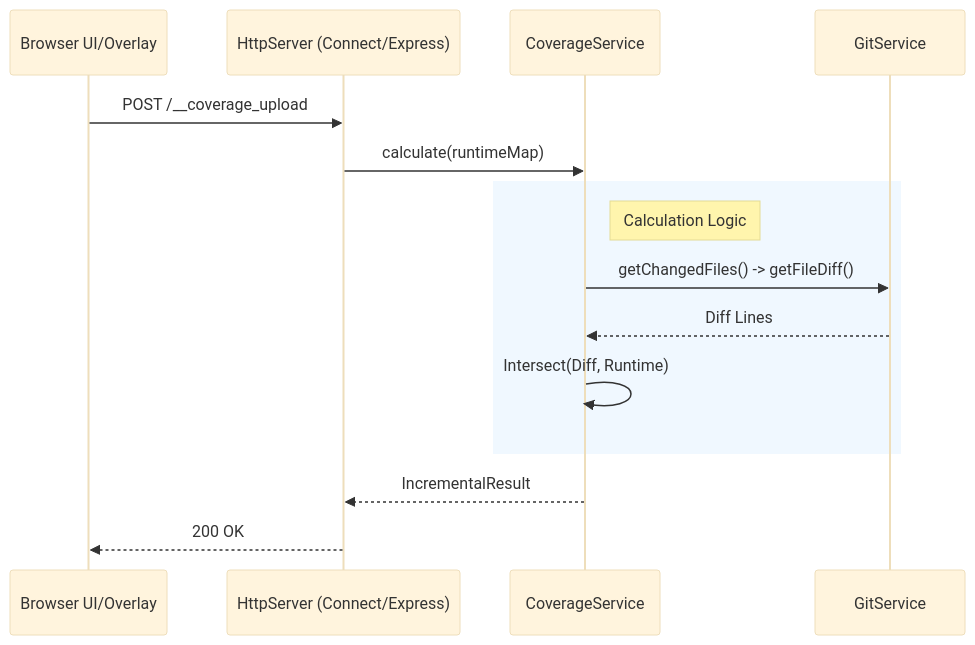
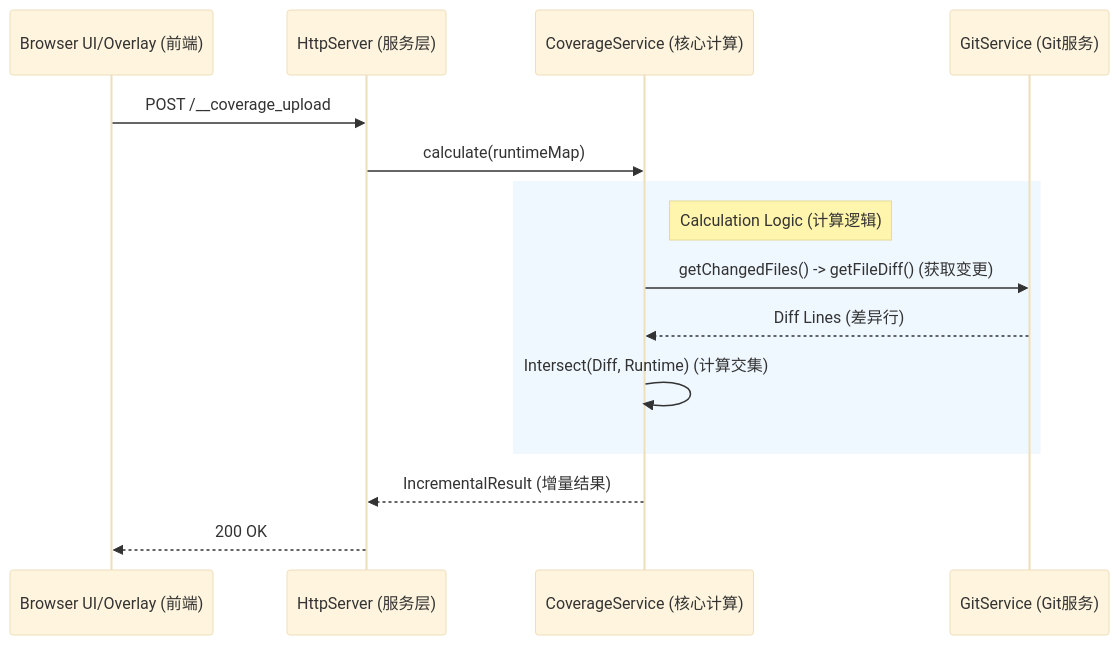
The third of 3 diagrams in packages/webpack-coverage-plugin/TECHNICAL_DOC.md (chuanjing729-glitch/fe-workspace), drawn with Mermaid (base theme) before and after one commit. The commit also changed other lines of this file and 10 other files, not shown here.

````diff
--- a/packages/webpack-coverage-plugin/TECHNICAL_DOC.md
+++ b/packages/webpack-coverage-plugin/TECHNICAL_DOC.md
@@ -111,20 +111,20 @@
 ```mermaid
 sequenceDiagram
-    participant Browser as Browser UI/Overlay
-    participant Server as HttpServer (Connect/Express)
-    participant Core as CoverageService
-    participant Git as GitService
+    participant Browser as Browser UI/Overlay (前端)
+    participant Server as HttpServer (服务层)
+    participant Core as CoverageService (核心计算)
+    participant Git as GitService (Git服务)
     
     Browser->>Server: POST /__coverage_upload
     Server->>Core: calculate(runtimeMap)
     
     rect rgb(240, 248, 255)
-    note right of Core: Calculation Logic
-    Core->>Git: getChangedFiles() -> getFileDiff()
-    Git-->>Core: Diff Lines
-    Core->>Core: Intersect(Diff, Runtime)
+    note right of Core: Calculation Logic (计算逻辑)
+    Core->>Git: getChangedFiles() -> getFileDiff() (获取变更)
+    Git-->>Core: Diff Lines (差异行)
+    Core->>Core: Intersect(Diff, Runtime) (计算交集)
     end
     
-    Core-->>Server: IncrementalResult
+    Core-->>Server: IncrementalResult (增量结果)
     Server-->>Browser: 200 OK
 ```
````
